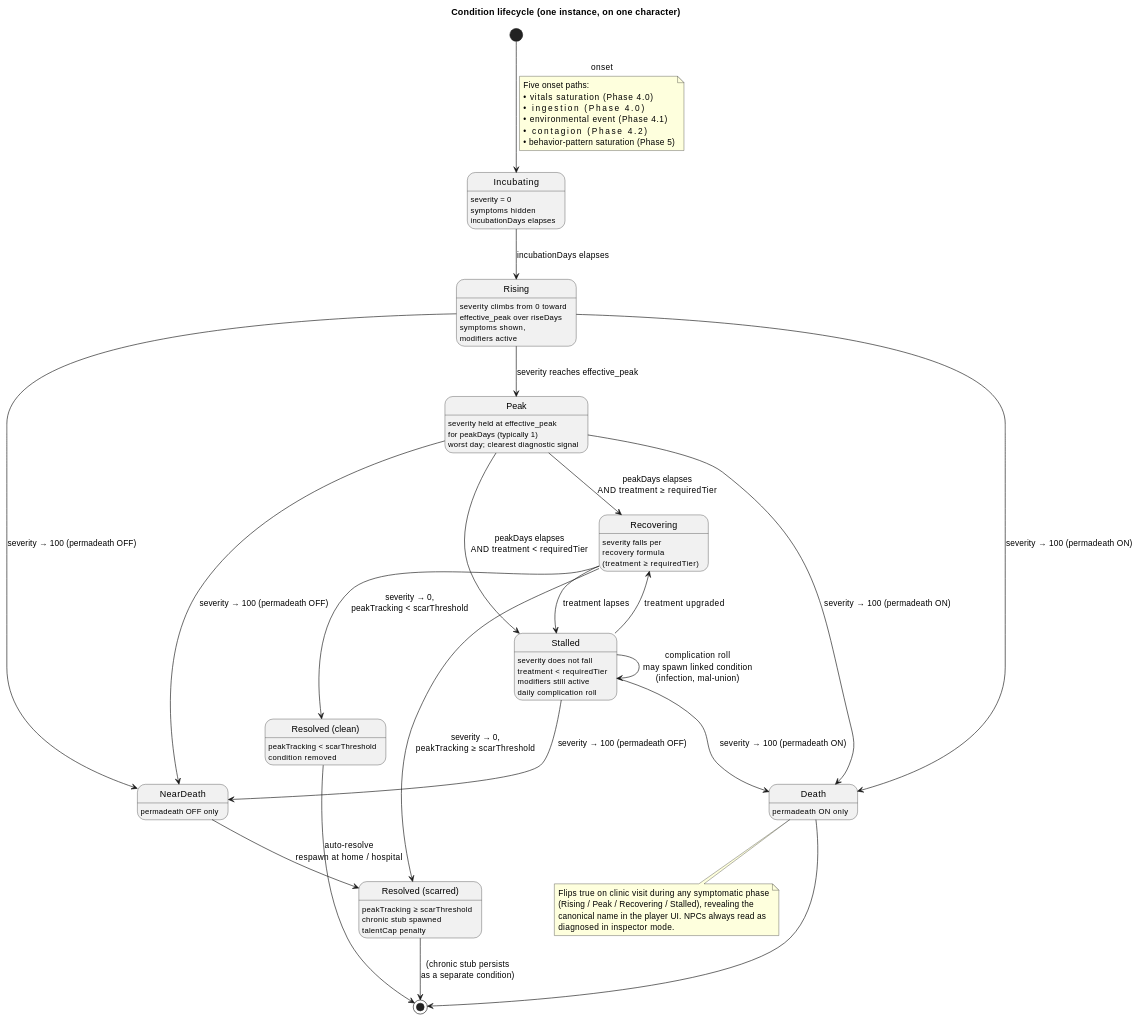
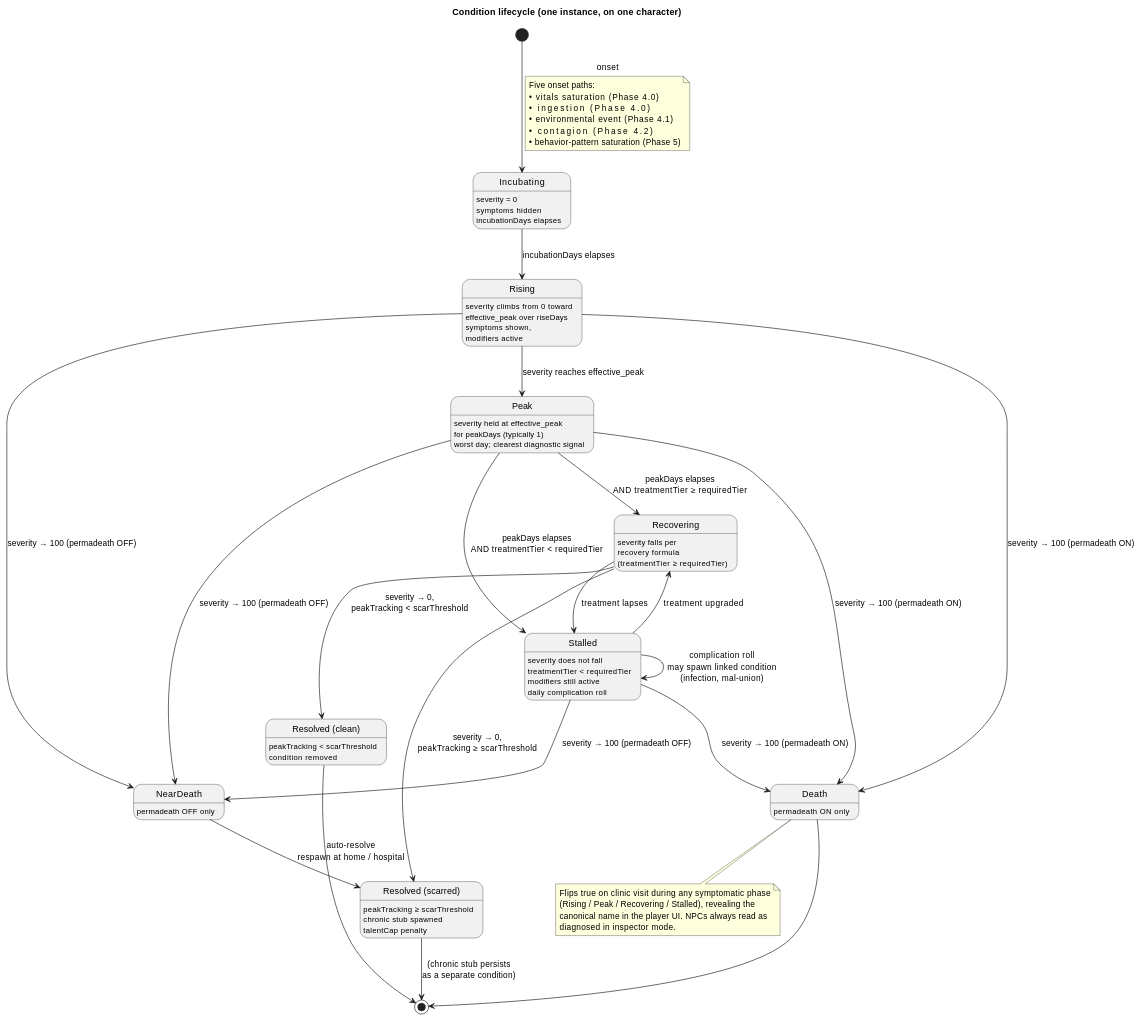
Before and after one commit to Leo927/UCLife: the first of 2 diagrams in Design/characters/physiology.md, drawn with PlantUML.

Commit message:
design(physiology): use treatmentTier in lifecycle diagram labels
Trailing inconsistency from the enum-to-ordinal pass: the lifecycle
state diagram still read 'treatment ≥ requiredTier' / 'treatment <
requiredTier' on the Recovering / Stalled state notes and the Peak
exit transitions. Rename to 'treatmentTier' so the comparison shape
matches the field name on ConditionInstance and the pseudocode under
the diagram.

````diff
--- a/Design/characters/physiology.md
+++ b/Design/characters/physiology.md
@@ -112,55 +112,55 @@
 ```puml
 @startuml
 title Condition lifecycle (one instance, on one character)
 
 [*] --> Incubating : onset
 note on link
   Five onset paths:
   • vitals saturation         (Phase 4.0)
   • ingestion                 (Phase 4.0)
   • environmental event       (Phase 4.1)
   • contagion                 (Phase 4.2)
   • behavior-pattern saturation (Phase 5)
 end note
 
 state Incubating : severity = 0\nsymptoms hidden\nincubationDays elapses
 state Rising : severity climbs from 0 toward\neffective_peak over riseDays\nsymptoms shown,\nmodifiers active
 state Peak : severity held at effective_peak\nfor peakDays (typically 1)\nworst day; clearest diagnostic signal
-state Recovering : severity falls per\nrecovery formula\n(treatment ≥ requiredTier)
-state Stalled : severity does not fall\ntreatment < requiredTier\nmodifiers still active\ndaily complication roll
+state Recovering : severity falls per\nrecovery formula\n(treatmentTier ≥ requiredTier)
+state Stalled : severity does not fall\ntreatmentTier < requiredTier\nmodifiers still active\ndaily complication roll
 state "Resolved (clean)" as Clean : peakTracking < scarThreshold\ncondition removed
 state "Resolved (scarred)" as Scar : peakTracking ≥ scarThreshold\nchronic stub spawned\ntalentCap penalty
 state NearDeath : permadeath OFF only
 state Death : permadeath ON only
 
 Incubating --> Rising : incubationDays elapses
 Rising --> Peak : severity reaches effective_peak
-Peak --> Recovering : peakDays elapses\nAND treatment ≥ requiredTier
-Peak --> Stalled : peakDays elapses\nAND treatment < requiredTier
+Peak --> Recovering : peakDays elapses\nAND treatmentTier ≥ requiredTier
+Peak --> Stalled : peakDays elapses\nAND treatmentTier < requiredTier
 Recovering --> Stalled : treatment lapses
 Stalled --> Recovering : treatment upgraded
 Stalled --> Stalled : complication roll\nmay spawn linked condition\n(infection, mal-union)
 Recovering --> Clean : severity → 0,\npeakTracking < scarThreshold
 Recovering --> Scar : severity → 0,\npeakTracking ≥ scarThreshold
 
 Rising --> Death : severity → 100 (permadeath ON)
 Peak --> Death : severity → 100 (permadeath ON)
 Stalled --> Death : severity → 100 (permadeath ON)
 Rising --> NearDeath : severity → 100 (permadeath OFF)
 Peak --> NearDeath : severity → 100 (permadeath OFF)
 Stalled --> NearDeath : severity → 100 (permadeath OFF)
 NearDeath --> Scar : auto-resolve\nrespawn at home / hospital
 
 note bottom
   ''diagnosed'' is an orthogonal flag, not a phase.
   Flips true on clinic visit during any symptomatic phase
   (Rising / Peak / Recovering / Stalled), revealing the
   canonical name in the player UI. NPCs always read as
   diagnosed in inspector mode.
 end note
 
 Clean --> [*]
 Scar --> [*] : (chronic stub persists\nas a separate condition)
 Death --> [*]
 @enduml
 ```
````
